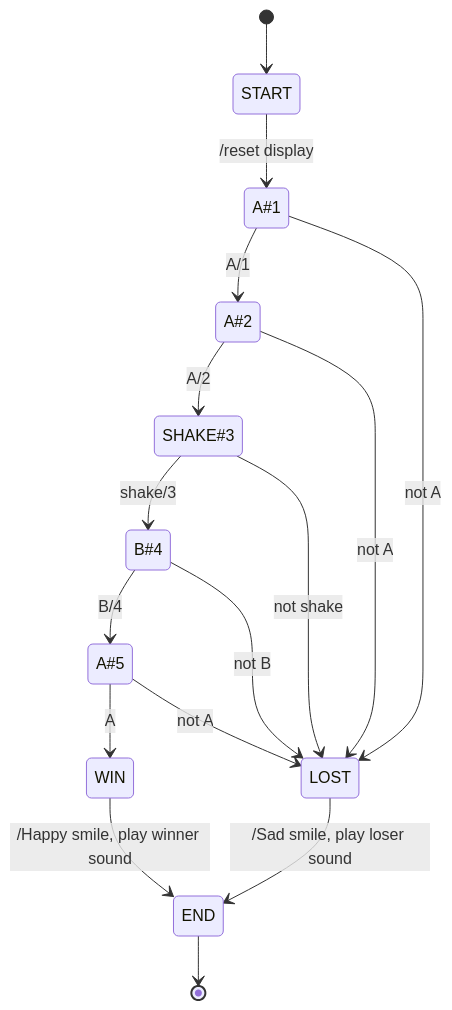
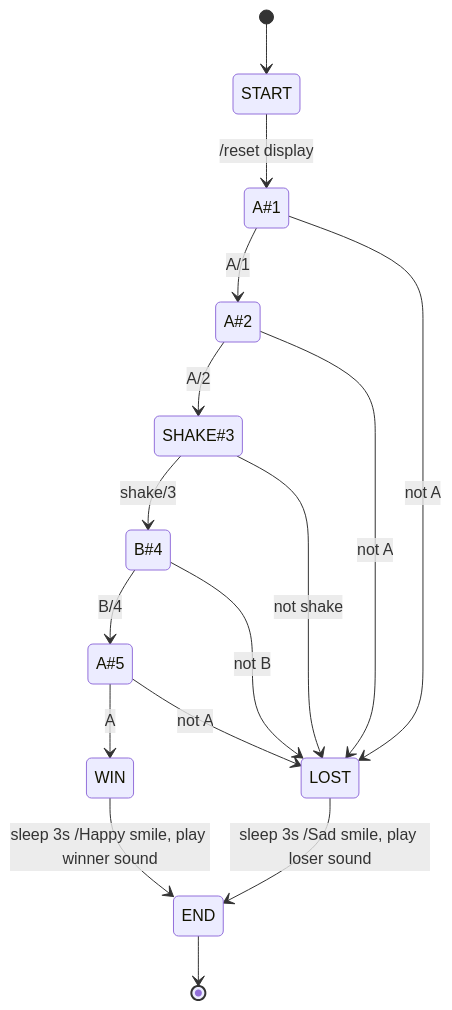
The diagram in docs/EF-Robotik/zustandsmaschinen/04-riddle.md (lebalz/ofi-blog), drawn with Mermaid before and after one commit. The commit also changed other lines of this file and 18 other files, not shown here.

````diff
--- a/docs/EF-Robotik/zustandsmaschinen/04-riddle.md
+++ b/docs/EF-Robotik/zustandsmaschinen/04-riddle.md
@@ -7,18 +7,18 @@
 ```mermaid
 stateDiagram-v2
     [*] --> START
     START-->A#1: /reset display
     A#1-->A#2: A/1
     A#2-->SHAKE#3: A/2
     SHAKE#3-->B#4: shake/3
     B#4-->A#5: B/4
     A#5-->WIN: A
-    WIN-->END: /Happy smile, play winner sound
+    WIN-->END: sleep 3s /Happy smile, play winner sound
     A#1-->LOST: not A
     A#2-->LOST: not A
     SHAKE#3-->LOST: not shake
     B#4-->LOST: not B
     A#5-->LOST: not A
-    LOST-->END: /Sad smile, play loser sound
+    LOST-->END: sleep 3s /Sad smile, play loser sound
     END-->[*]
 ```
````
